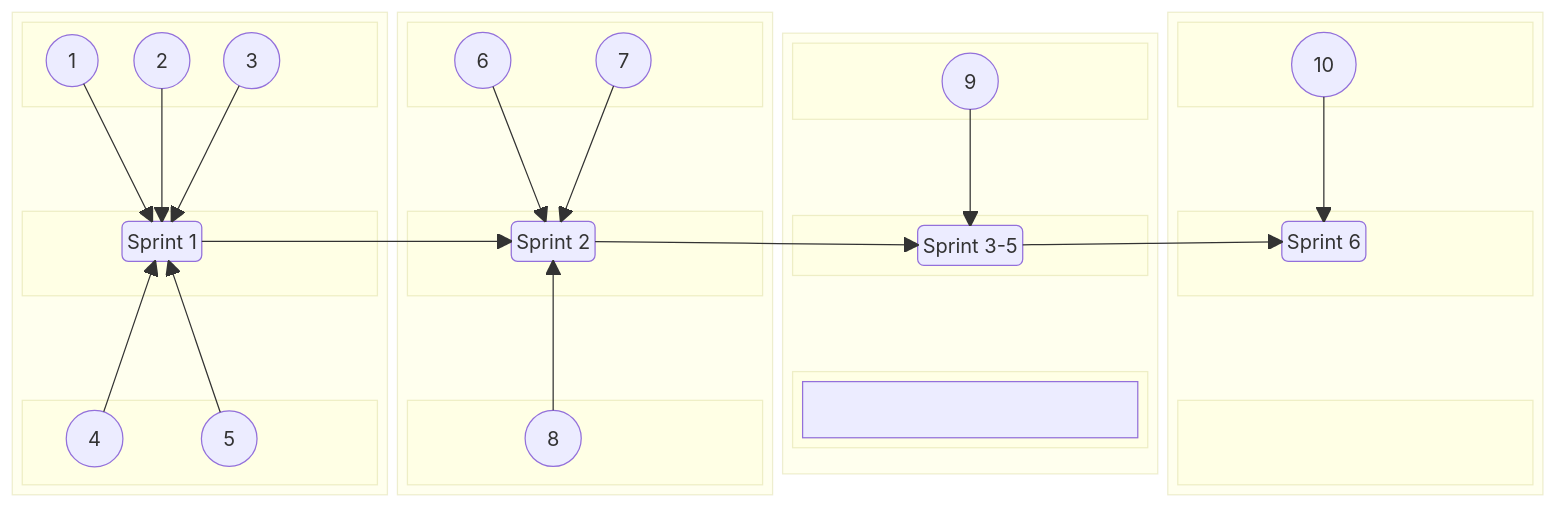
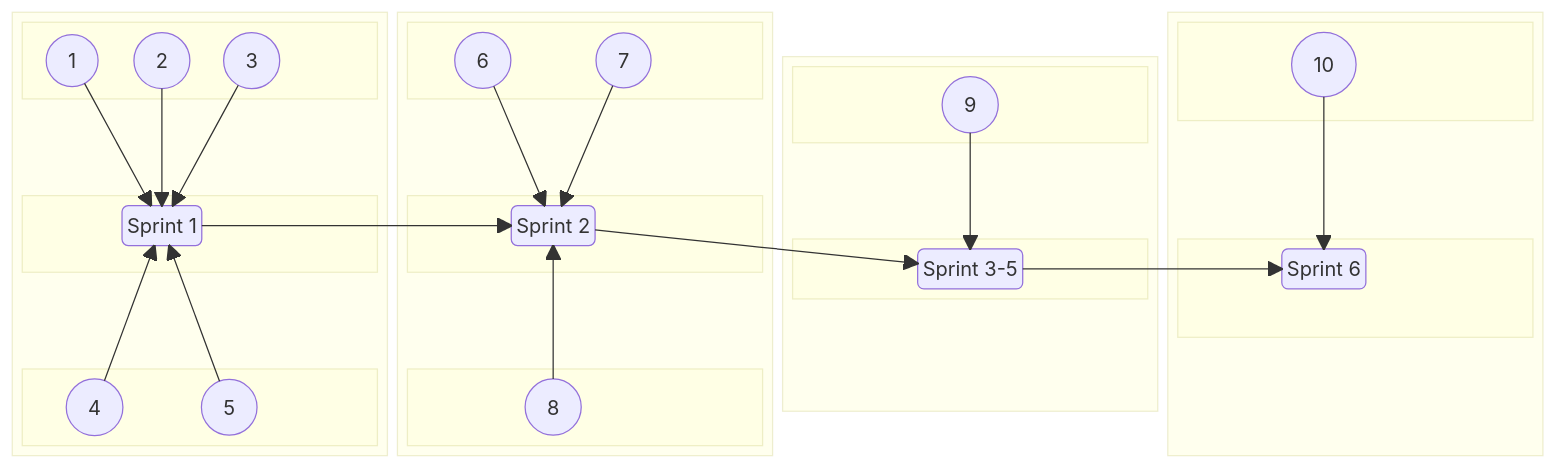
One commit to jdmedlock/mermaid_testing changed the second of 2 diagrams in README.md. Above: the diagram before and after it, drawn with Mermaid.

Commit message:
Feature: Add annotations to test layout

```diff
--- a/README.md
+++ b/README.md
@@ -151,9 +151,6 @@
         space
       end
       space
-      block:B3BOTTOM
-        &nbsp;
-      end
       A9 ----> SPRINTS35
     end
 
@@ -170,9 +167,6 @@
         space
       end
       space
-      block:B4BOTTOM
-        &nbsp;
-      end
       A10 ----> SPRINT6
     end
 
```
